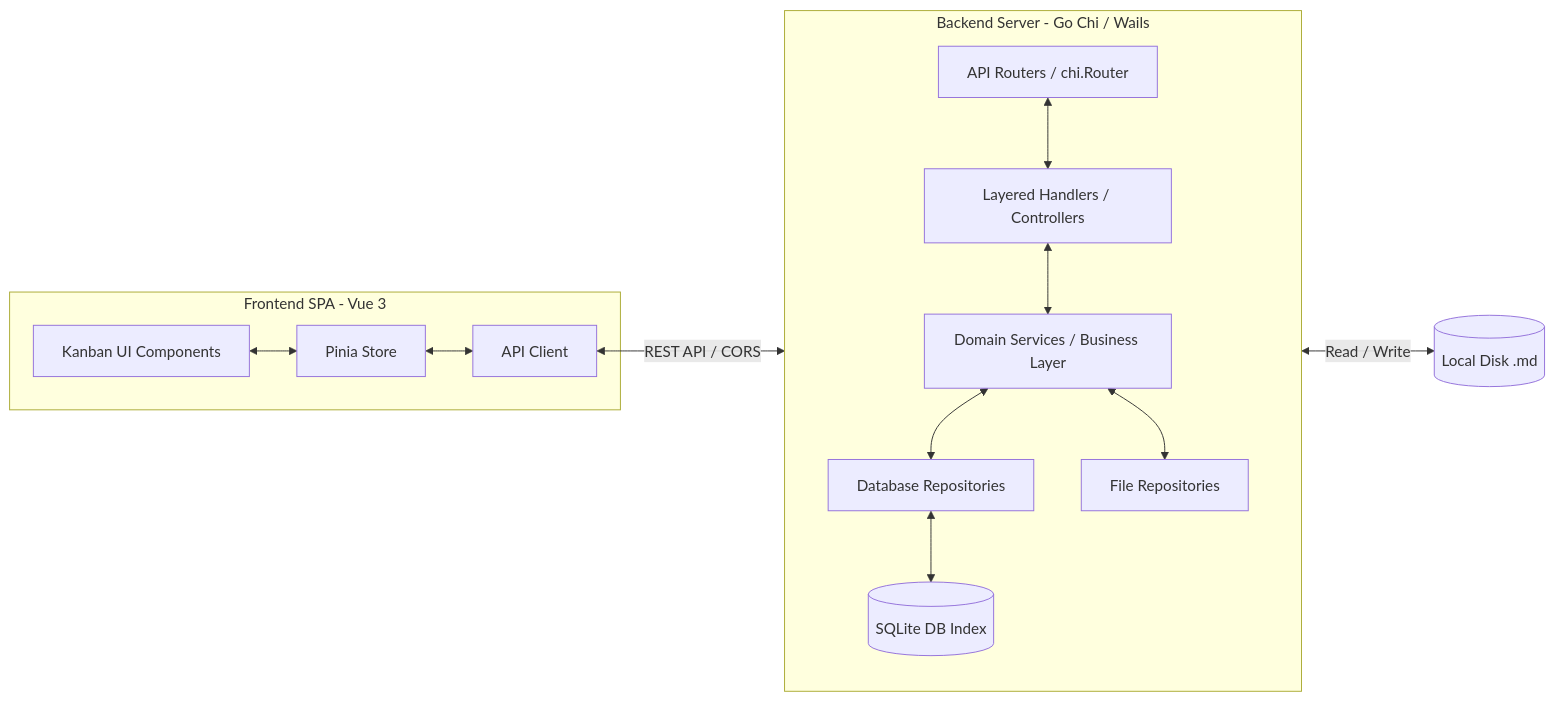
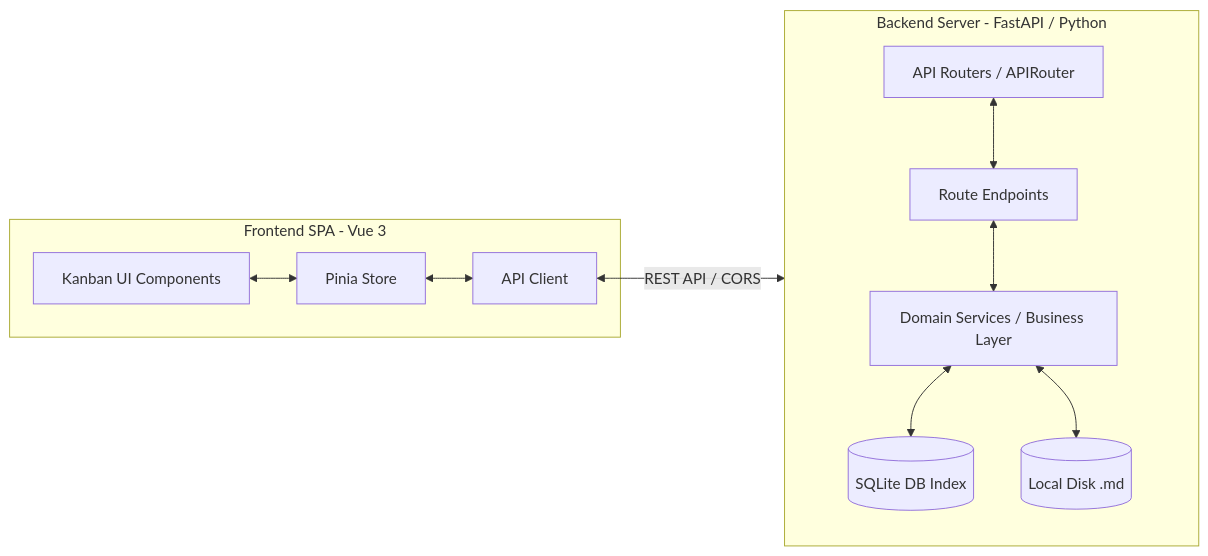
One commit to simon123h/Jotter changed the third of 4 diagrams in docs/developer/architecture.md. Above: the diagram before and after it, drawn with Mermaid. The commit also changed other lines of this file and 87 other files, not shown here.

````diff
--- a/docs/developer/architecture.md
+++ b/docs/developer/architecture.md
@@ -66,19 +66,17 @@
 ```mermaid
 flowchart LR
     subgraph Frontend [Frontend SPA - Vue 3]
         UI[Kanban UI Components] <--> Store[Pinia Store]
         Store <--> Client[API Client]
     end
 
-    subgraph Backend [Backend Server - Go Chi / Wails]
+    subgraph Backend [Backend Server - FastAPI / Python]
         direction TB
-        Router[API Routers / chi.Router] <--> Handlers[Layered Handlers / Controllers]
-        Handlers <--> Services[Domain Services / Business Layer]
-        Services <--> DBRepo[Database Repositories]
-        Services <--> FileRepo[File Repositories]
-        DBRepo <--> Database[(SQLite DB Index)]
+        Router[API Routers / APIRouter] <--> Controllers[Route Endpoints]
+        Controllers <--> Services[Domain Services / Business Layer]
+        Services <--> Database[(SQLite DB Index)]
+        Services <--> Disk[(Local Disk .md)]
     end
 
     Client <-->|REST API / CORS| Router
-    FileRepo <-->|Read / Write| Disk[(Local Disk .md)]
 ```
````
